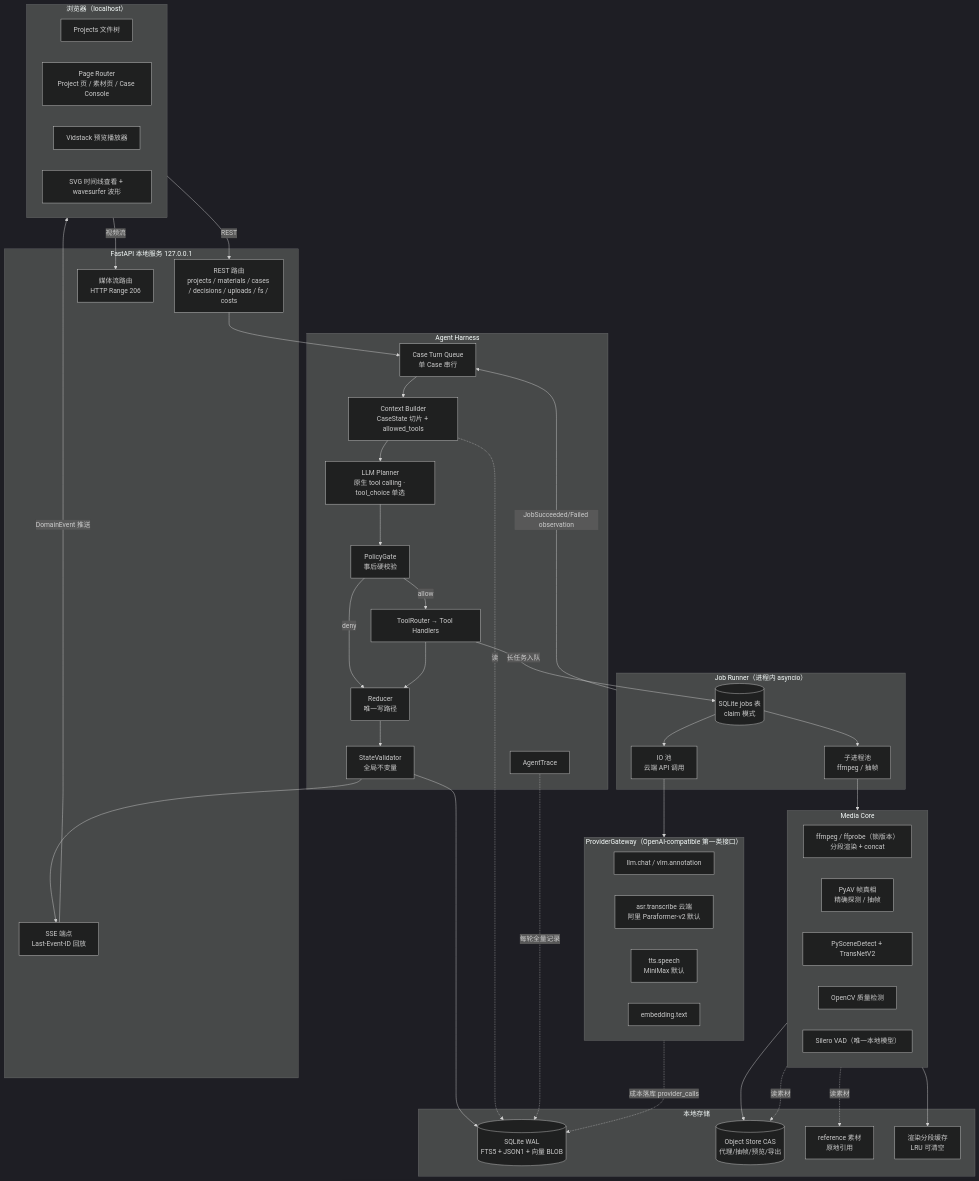
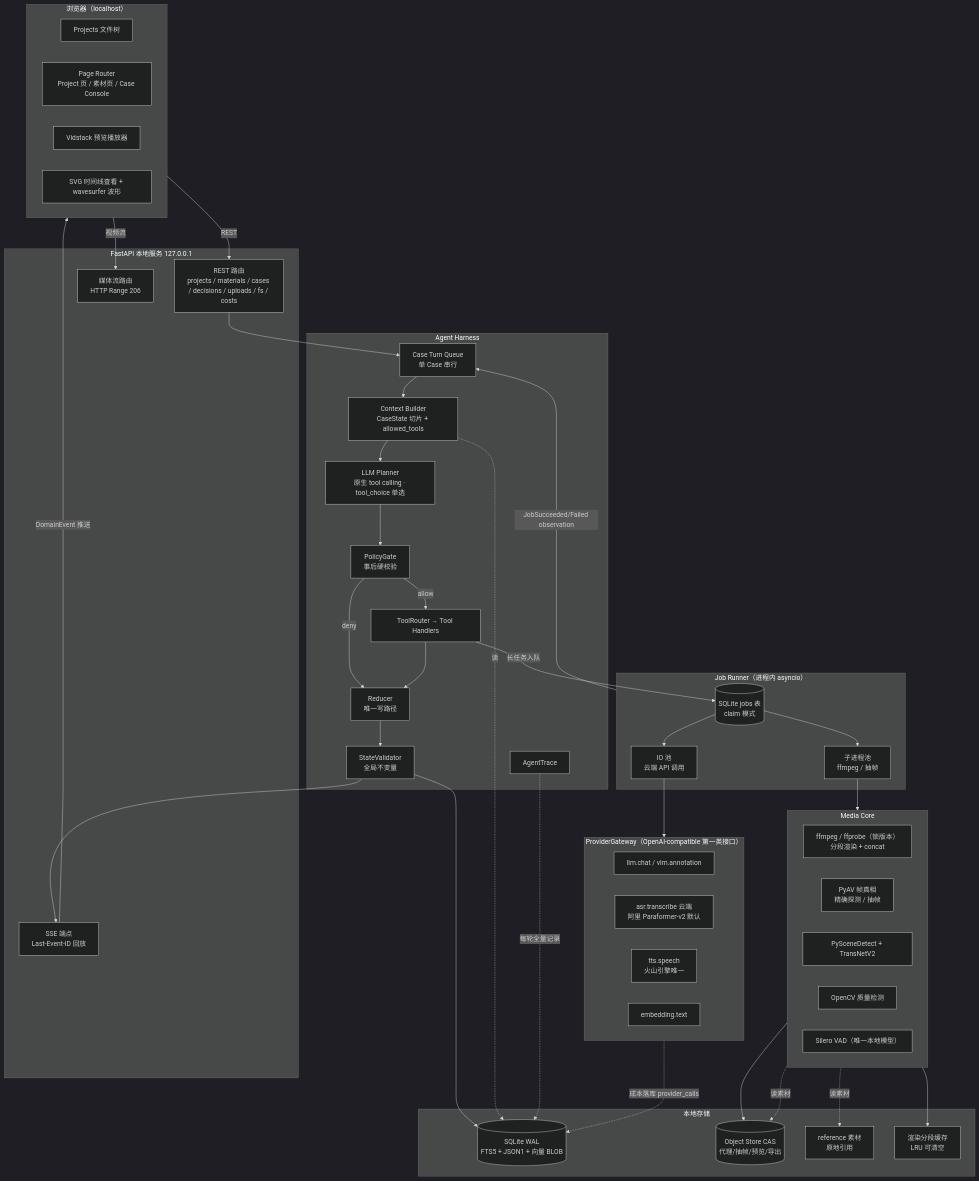
One commit to nanzhi84/Rushes changed the second of 23 diagrams in chat_first_editing_agent_prd_v1_2.md. Above: the diagram before and after it, drawn with Mermaid (dark theme). The commit also changed other lines of this file and 7 other files, not shown here.

First line of the commit message:
feat(poc): volcano TTS timestamp chain verified via ASR fallback; drop MiniMax (#11)

````diff
--- a/chat_first_editing_agent_prd_v1_2.md
+++ b/chat_first_editing_agent_prd_v1_2.md
@@ -132,78 +133,78 @@
 ```mermaid
 flowchart TB
   subgraph Client["浏览器（localhost）"]
     TREE["Projects 文件树"]
     PAGES["Page Router<br/>Project 页 / 素材页 / Case Console"]
     PLAYER["Vidstack 预览播放器"]
     TLVIEW["SVG 时间线查看 + wavesurfer 波形"]
   end
 
   subgraph API["FastAPI 本地服务 127.0.0.1"]
     REST["REST 路由<br/>projects / materials / cases / decisions / uploads / fs / costs"]
     MEDIA["媒体流路由<br/>HTTP Range 206"]
     SSEEP["SSE 端点<br/>Last-Event-ID 回放"]
   end
 
   subgraph Harness["Agent Harness"]
     TQ["Case Turn Queue<br/>单 Case 串行"]
     CB["Context Builder<br/>CaseState 切片 + allowed_tools"]
     LLM["LLM Planner<br/>原生 tool calling · tool_choice 单选"]
     PG["PolicyGate<br/>事后硬校验"]
     TR["ToolRouter → Tool Handlers"]
     RED["Reducer<br/>唯一写路径"]
     VAL["StateValidator<br/>全局不变量"]
     TRACE["AgentTrace"]
   end
 
   subgraph Jobs["Job Runner（进程内 asyncio）"]
     JT[("SQLite jobs 表<br/>claim 模式")]
     IOPOOL["IO 池<br/>云端 API 调用"]
     PROCPOOL["子进程池<br/>ffmpeg / 抽帧"]
   end
 
   subgraph MediaCore["Media Core"]
     FF["ffmpeg / ffprobe（锁版本）<br/>分段渲染 + concat"]
     PYAV["PyAV 帧真相<br/>精确探测 / 抽帧"]
     SHOT["PySceneDetect + TransNetV2"]
     QUAL["OpenCV 质量检测"]
     VADX["Silero VAD（唯一本地模型）"]
   end
 
   subgraph Providers["ProviderGateway（OpenAI-compatible 第一类接口）"]
     LLMP["llm.chat / vlm.annotation"]
     ASRP["asr.transcribe 云端<br/>阿里 Paraformer-v2 默认"]
-    TTSP["tts.speech<br/>MiniMax 默认"]
+    TTSP["tts.speech<br/>火山引擎唯一"]
     EMBP["embedding.text"]
   end
 
   subgraph Store["本地存储"]
     DB[("SQLite WAL<br/>FTS5 + JSON1 + 向量 BLOB")]
     OBJ[("Object Store CAS<br/>代理/抽帧/预览/导出")]
     REFS["reference 素材<br/>原地引用"]
     CACHE["渲染分段缓存<br/>LRU 可清空"]
   end
 
   Client -->|REST| REST
   Client -->|视频流| MEDIA
   SSEEP -->|DomainEvent 推送| Client
 
   REST --> TQ
   TQ --> CB --> LLM --> PG
   PG -->|allow| TR
   PG -->|deny| RED
   TR --> RED --> VAL --> DB
   VAL --> SSEEP
   CB -.读.-> DB
   TRACE -.每轮全量记录.-> DB
 
   TR -->|长任务入队| JT
   JT --> IOPOOL --> Providers
   JT --> PROCPOOL --> MediaCore
   Jobs -->|JobSucceeded/Failed observation| TQ
 
   MediaCore --> OBJ
   MediaCore --> CACHE
   MediaCore -.读素材.-> REFS
   MediaCore -.读素材.-> OBJ
   Providers -.成本落库 provider_calls.-> DB
 ```
````
